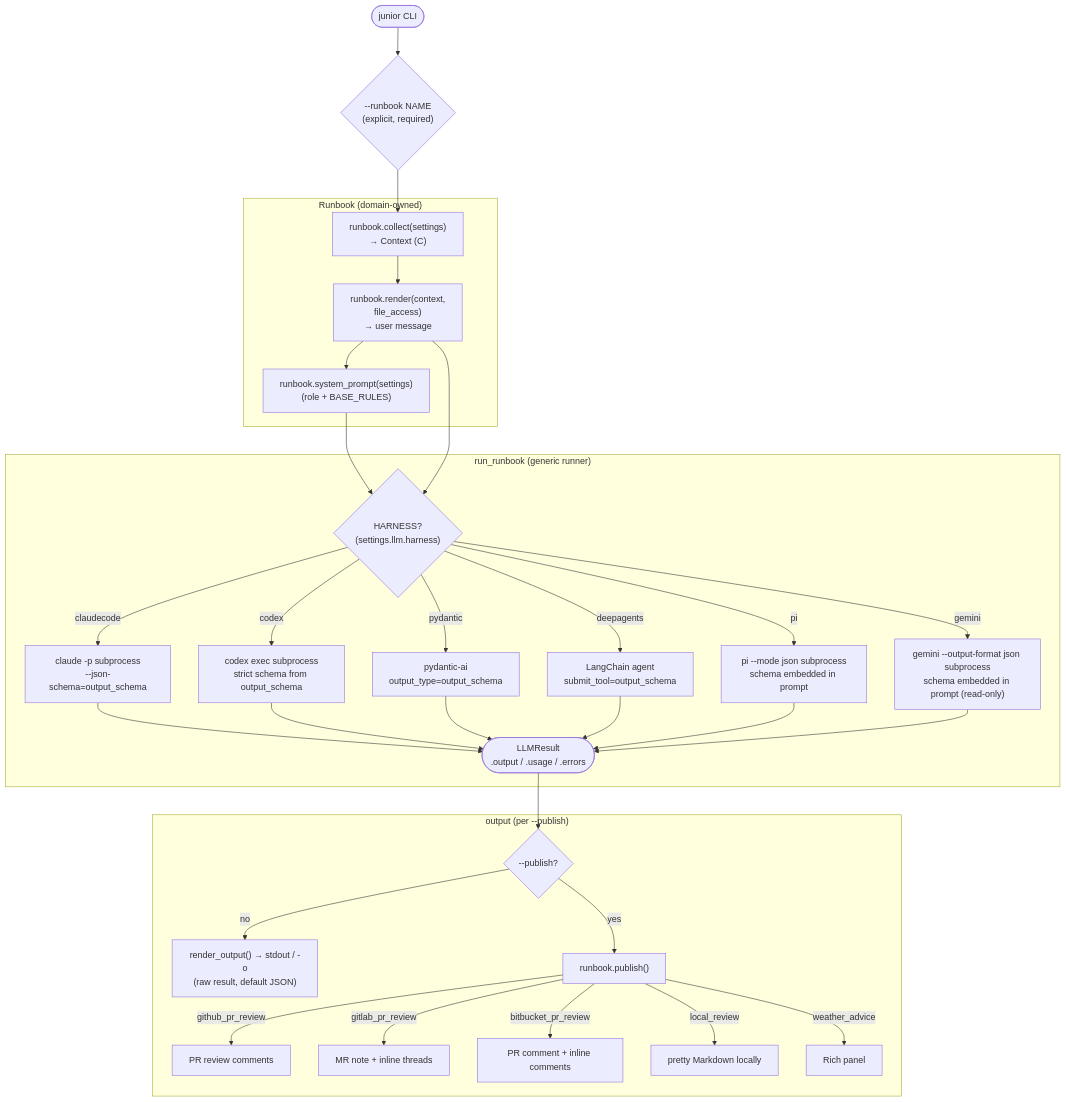
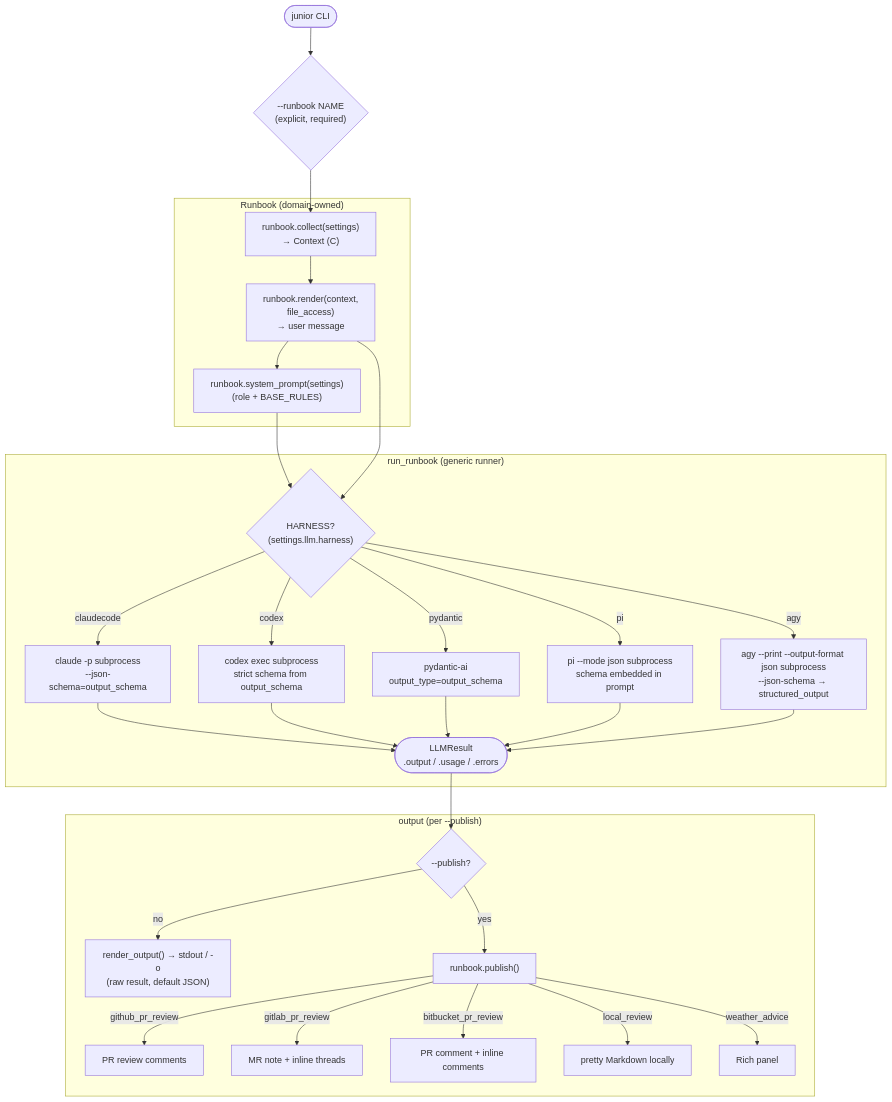
One commit to mishachepi/junior changed the second of 2 diagrams in docs-site/src/content/docs/architecture.md. Above: the diagram before and after it, drawn with Mermaid. The commit also changed other lines of this file and 95 other files, not shown here.

````diff
--- a/docs-site/src/content/docs/architecture.md
+++ b/docs-site/src/content/docs/architecture.md
@@ -49,37 +48,36 @@
 ```mermaid
 flowchart TD
     A([junior CLI]) --> SEL{"--runbook NAME\n(explicit, required)"}
     SEL --> B
 
     subgraph PL["Runbook (domain-owned)"]
         B["runbook.collect(settings)\n→ Context (C)"] --> R["runbook.render(context,\nfile_access)\n→ user message"]
         R --> SP["runbook.system_prompt(settings)\n(role + BASE_RULES)"]
     end
 
     SP --> ENG
     R --> ENG
 
     subgraph RUN["run_runbook (generic runner)"]
         ENG{"HARNESS?\n(settings.llm.harness)"}
         ENG -->|claudecode| Q2["claude -p subprocess\n--json-schema=output_schema"]
         ENG -->|codex| Q["codex exec subprocess\nstrict schema from output_schema"]
         ENG -->|pydantic| P["pydantic-ai\noutput_type=output_schema"]
-        ENG -->|deepagents| D["LangChain agent\nsubmit_tool=output_schema"]
         ENG -->|pi| PI["pi --mode json subprocess\nschema embedded in prompt"]
-        ENG -->|gemini| GM["gemini --output-format json subprocess\nschema embedded in prompt (read-only)"]
-        Q2 & Q & P & D & PI & GM --> LR([LLMResult\n.output / .usage / .errors])
+        ENG -->|agy| GM["agy --print --output-format json subprocess\n--json-schema → structured_output"]
+        Q2 & Q & P & PI & GM --> LR([LLMResult\n.output / .usage / .errors])
     end
 
     LR --> OUT
 
     subgraph PB["output (per --publish)"]
         OUT{"--publish?"}
         OUT -->|"no"| RAW["render_output() → stdout / -o\n(raw result, default JSON)"]
         OUT -->|"yes"| PUB["runbook.publish()"]
         PUB -->|github_pr_review| X[PR review comments]
         PUB -->|gitlab_pr_review| W[MR note + inline threads]
         PUB -->|bitbucket_pr_review| BB[PR comment + inline comments]
         PUB -->|local_review| MD[pretty Markdown locally]
         PUB -->|weather_advice| RICH[Rich panel]
     end
 ```
````
